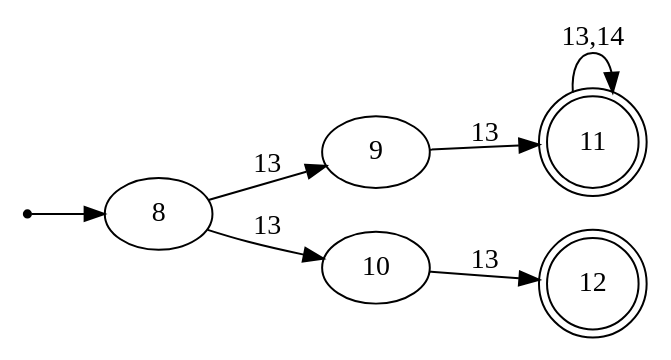
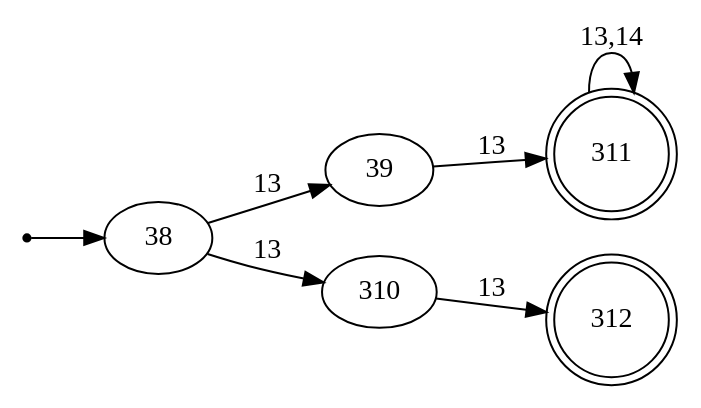
One commit to GiovA07/A changed the diagram in automataExamples/automataFND/automata3.dot. Above: the diagram before and after it, drawn with Graphviz. The commit also changed 32 other files, not shown here.

```diff
--- a/automataExamples/automataFND/automata3.dot
+++ b/automataExamples/automataFND/automata3.dot
@@ -1,17 +1,17 @@
 digraph{
 
 rankdir=LR;
 inic[shape=point];
 
-inic->8;
+inic->38;
 
-8->9 [label="13"];
-8->10 [label="13"];
-9->11 [label="13"];
-10->12 [label="13"];
-11->11 [label="13,14"];
+38->39 [label="13"];
+38->310 [label="13"];
+39->311 [label="13"];
+310->312 [label="13"];
+311->311 [label="13,14"];
 
-11[shape=doublecircle];
-12[shape=doublecircle];
+311[shape=doublecircle];
+312[shape=doublecircle];
 
 }
```
